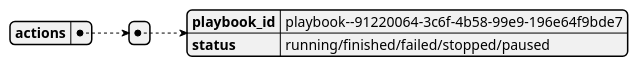
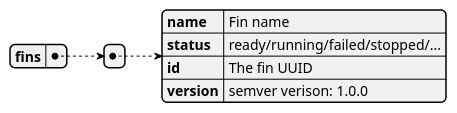
Diagram 15 of 18 in docs/content/en/docs/core-components/api-design.md (COSSAS/SOARCA), drawn with PlantUML before and after one commit. The commit also changed other lines of this file, not shown here.

Commit message:
Updated /status api description

````diff
--- a/docs/content/en/docs/core-components/api-design.md
+++ b/docs/content/en/docs/core-components/api-design.md
@@ -501,13 +445,14 @@
 ```plantuml
 @startjson
 {
-            "actions": [
-                {
-                    "playbook_id": "playbook--91220064-3c6f-4b58-99e9-196e64f9bde7",
-                    "status": "running/finished/failed/stopped/paused"
-                }
-            ]
-
+    "fins": [
+        {
+            "name": "Fin name",
+            "status": "ready/running/failed/stopped/...",
+            "id": "The fin UUID",
+            "version": "semver verison: 1.0.0"
+        }
+    ]
 }
 @endjson
 ```
````
